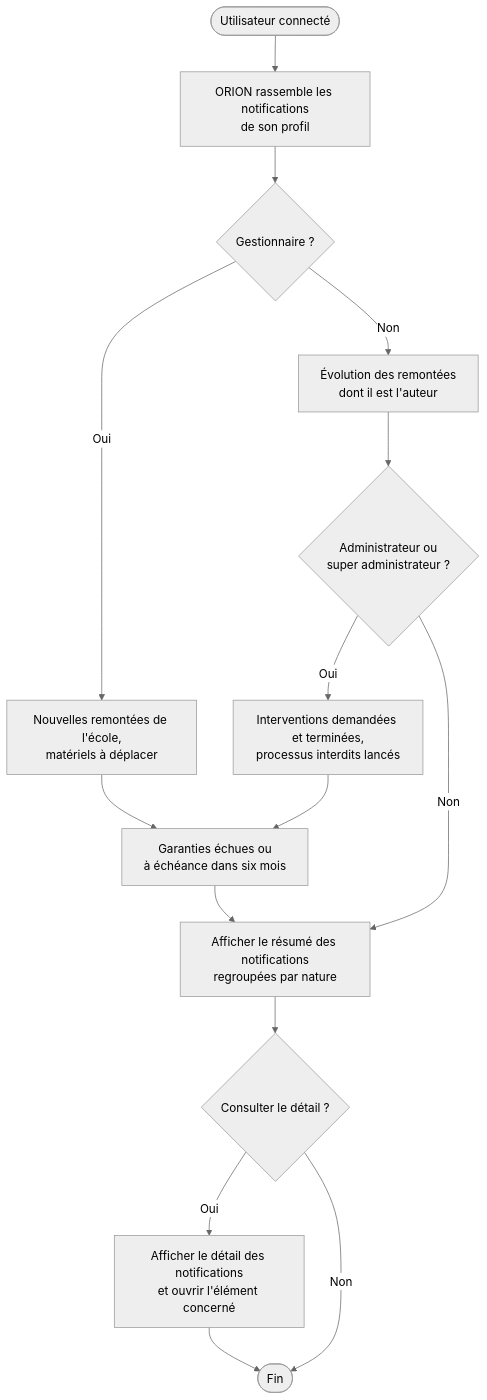
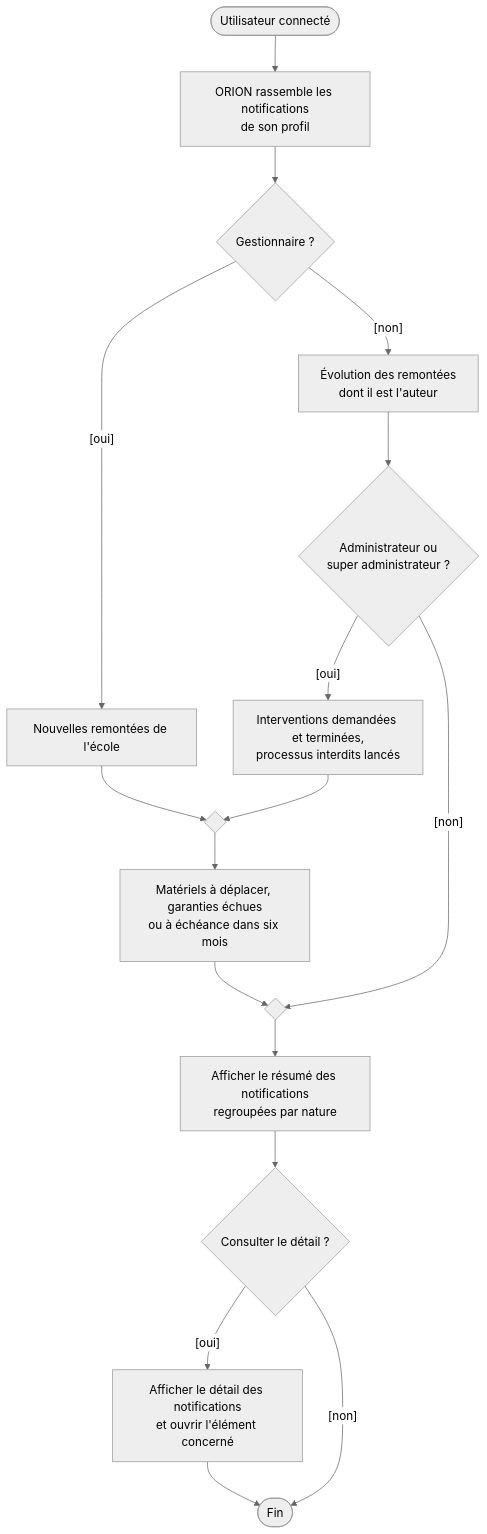
One commit to bpierrelouis/aster changed the eighth of 10 diagrams in docs/02-ANALYSE/01-MODELISATION-METIER/02-DIAGRAMMES-ACTIVITE.md. Above: the diagram before and after it, drawn with Mermaid (neutral theme). The commit also changed other lines of this file and 34 other files, not shown here.

First line of the commit message:
docs(diagrammes): aligner les diagrammes UML sur le code et les remettre en page

````diff
--- a/docs/02-ANALYSE/01-MODELISATION-METIER/02-DIAGRAMMES-ACTIVITE.md
+++ b/docs/02-ANALYSE/01-MODELISATION-METIER/02-DIAGRAMMES-ACTIVITE.md
@@ -146,17 +153,19 @@
 ```mermaid
 flowchart TD
     debut(["Utilisateur connecté"]) --> calcul["ORION rassemble les notifications<br/>de son profil"]
     calcul --> gestionnaire{"Gestionnaire ?"}
-    gestionnaire -->|"Oui"| parc["Nouvelles remontées de l'école,<br/>matériels à déplacer"]
-    gestionnaire -->|"Non"| auteur["Évolution des remontées<br/>dont il est l'auteur"]
+    gestionnaire -->|"[oui]"| nouvelles["Nouvelles remontées de l'école"]
+    gestionnaire -->|"[non]"| auteur["Évolution des remontées<br/>dont il est l'auteur"]
     auteur --> admin{"Administrateur ou<br/>super administrateur ?"}
-    admin -->|"Oui"| supervision["Interventions demandées et terminées,<br/>processus interdits lancés"]
-    admin -->|"Non"| resume
-    parc --> garanties["Garanties échues ou<br/>à échéance dans six mois"]
-    supervision --> garanties
-    garanties --> resume["Afficher le résumé des notifications<br/>regroupées par nature"]
+    admin -->|"[oui]"| supervision["Interventions demandées et terminées,<br/>processus interdits lancés"]
+    admin -->|"[non]"| fusionResume{" "}
+    nouvelles --> fusionParc{" "}
+    supervision --> fusionParc
+    fusionParc --> parc["Matériels à déplacer, garanties échues<br/>ou à échéance dans six mois"]
+    parc --> fusionResume
+    fusionResume --> resume["Afficher le résumé des notifications<br/>regroupées par nature"]
     resume --> detail{"Consulter le détail ?"}
-    detail -->|"Oui"| liste["Afficher le détail des notifications<br/>et ouvrir l'élément concerné"]
-    detail -->|"Non"| fin(["Fin"])
+    detail -->|"[oui]"| liste["Afficher le détail des notifications<br/>et ouvrir l'élément concerné"]
+    detail -->|"[non]"| fin(["Fin"])
     liste --> fin
 ```
````
